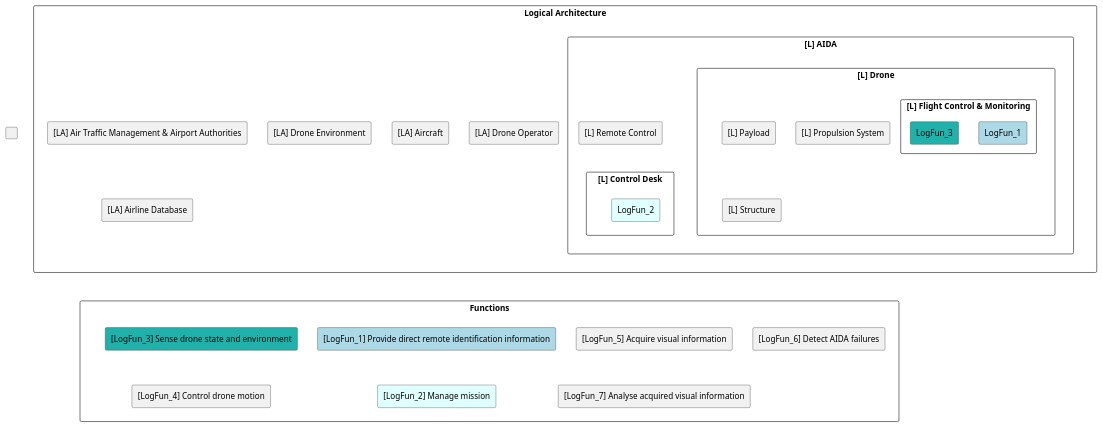
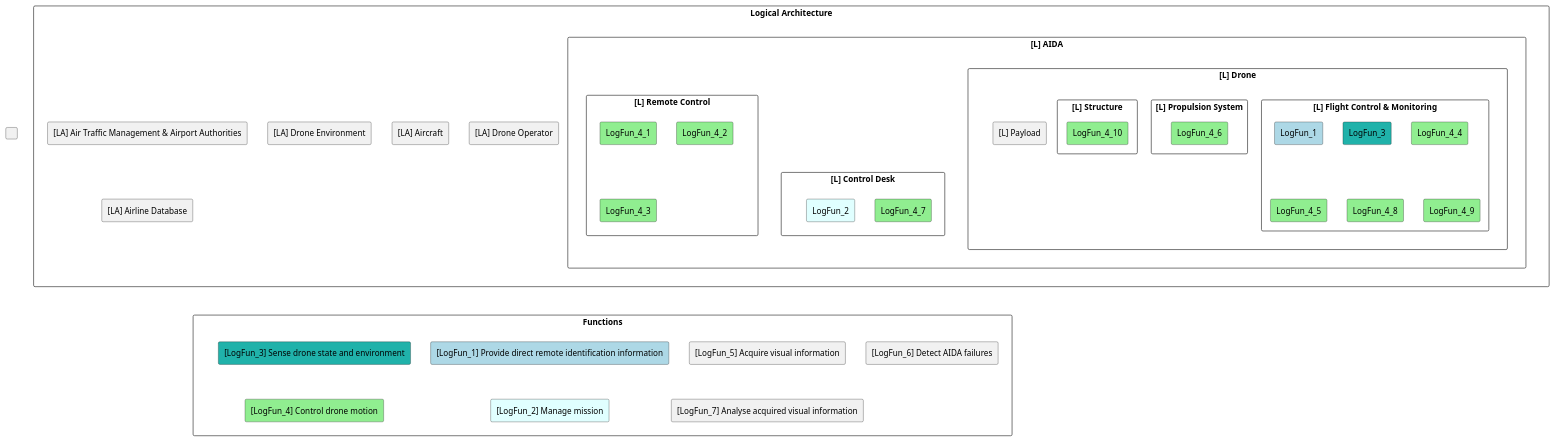
Before and after one commit to nidhal-selmi/DeciMaLExample: the diagram in DroneDevelopment.plantuml, drawn with PlantUML.

Commit message:
Assigned Log Fun 4

```diff
--- a/DroneDevelopment.plantuml
+++ b/DroneDevelopment.plantuml
@@ -1,44 +1,57 @@
 @startuml
 !pragma useVerticalIf on        
 rectangle LA as "Logical Architecture" {
     rectangle "[L] AIDA" {
         rectangle "[L] Drone" as Drone {
             rectangle FlightControl as "[L] Flight Control & Monitoring" {
                 rectangle "LogFun_1" #lightblue
                 rectangle "LogFun_3" #LightSeaGreen
+                rectangle "LogFun_4_4" #LightGreen
+                rectangle "LogFun_4_5" #LightGreen
+                rectangle "LogFun_4_8" #LightGreen
+                rectangle "LogFun_4_9" #LightGreen
             }
             rectangle PL as "[L] Payload"
-            rectangle PS as "[L] Propulsion System"
-            rectangle STR as "[L] Structure"
+            rectangle PS as "[L] Propulsion System"{
+                rectangle "LogFun_4_6" #LightGreen
+            }
+            rectangle STR as "[L] Structure"{
+                rectangle "LogFun_4_10" #LightGreen
+            }
         }
         rectangle DESK as "[L] Control Desk" {
+                rectangle "LogFun_4_7" #LightGreen
                 rectangle "LogFun_2" #LightCyan
             }
-        rectangle REMOTE as "[L] Remote Control"
+        rectangle REMOTE as "[L] Remote Control"{
+                rectangle "LogFun_4_1" #LightGreen
+                rectangle "LogFun_4_2" #LightGreen
+                rectangle "LogFun_4_3" #LightGreen
+            }
     }
 DESK -[hidden]u-> REMOTE
     rectangle OP as "[LA] Drone Operator"
     rectangle MGMNT as "[LA] Air Traffic Management & Airport Authorities"
     rectangle ENV as "[LA] Drone Environment"
     rectangle AC as "[LA] Aircraft"
     rectangle DTBS as "[LA] Airline Database"
 }
 
 rectangle "Functions" as Functions {
     rectangle LF1 as "[LogFun_1] Provide direct remote identification information" #lightblue
     rectangle LF2 as "[LogFun_2] Manage mission" #LightCyan
     rectangle LF3 as "[LogFun_3] Sense drone state and environment" #LightSeaGreen
-    rectangle LF4 as "[LogFun_4] Control drone motion"
+    rectangle LF4 as "[LogFun_4] Control drone motion" #LightGreen
     rectangle LF5 as "[LogFun_5] Acquire visual information"
     rectangle LF6 as "[LogFun_6] Detect AIDA failures"
     rectangle LF7 as "[LogFun_7] Analyse acquired visual information"
 }
 LF1 -[hidden]d-> LF2
 LF3 -[hidden]d-> LF4
 rectangle HELP as " "
 HELP -[hidden]r-> LA
 HELP -[hidden]r-> Functions
 LA --[hidden]d--> Functions
 Drone -[hidden]l-> OP
 AC -[hidden]l-> Drone
 @enduml
```
